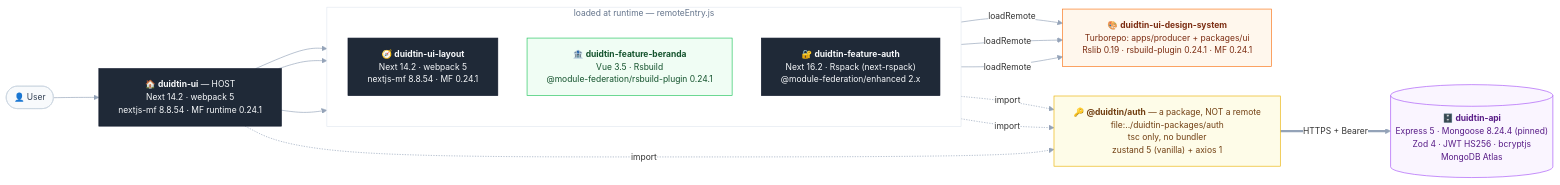
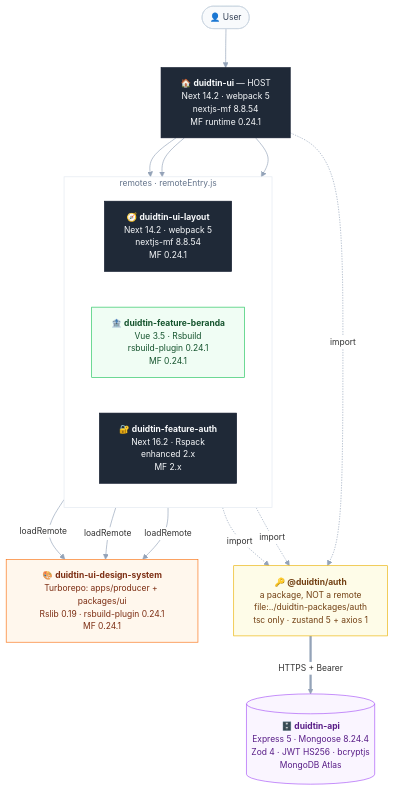
Before and after one commit to AnggaWikaNugraha/super-apps-microfrontend-duidtin: the diagram in README.md, drawn with Mermaid. The commit also changed 1 other file, not shown here.

````diff
--- a/README.md
+++ b/README.md
@@ -281,40 +281,40 @@
 ```mermaid
-%%{init: {'theme':'base','themeVariables':{'fontSize':'13px','lineColor':'#94a3b8','edgeLabelBackground':'#ffffff'},'flowchart':{'wrappingWidth':330,'nodeSpacing':45,'rankSpacing':70,'curve':'basis'}}}%%
-flowchart LR
+%%{init: {'theme':'base','themeVariables':{'fontSize':'13px','lineColor':'#94a3b8','edgeLabelBackground':'#ffffff'},'flowchart':{'wrappingWidth':235,'nodeSpacing':55,'rankSpacing':60,'curve':'basis'}}}%%
+flowchart TD
   U(["👤 User"]) --> H
 
-  H["🏠 <b>duidtin-ui</b> — HOST<br/>Next 14.2 · webpack 5<br/>nextjs-mf 8.8.54 · MF runtime 0.24.1"]
+  H["🏠 <b>duidtin-ui</b> — HOST<br/>Next 14.2 · webpack 5<br/>nextjs-mf 8.8.54<br/>MF runtime 0.24.1"]
 
-  subgraph RUNTIME ["loaded at runtime — remoteEntry.js"]
-    direction TB
-    L["🧭 <b>duidtin-ui-layout</b><br/>Next 14.2 · webpack 5<br/>nextjs-mf 8.8.54 · MF 0.24.1"]
-    B["🏦 <b>duidtin-feature-beranda</b><br/>Vue 3.5 · Rsbuild<br/>@module-federation/rsbuild-plugin 0.24.1"]
-    A["🔐 <b>duidtin-feature-auth</b><br/>Next 16.2 · Rspack (next-rspack)<br/>@module-federation/enhanced 2.x"]
+  subgraph RUNTIME ["remotes · remoteEntry.js"]
+    direction LR
+    L["🧭 <b>duidtin-ui-layout</b><br/>Next 14.2 · webpack 5<br/>nextjs-mf 8.8.54<br/>MF 0.24.1"]
+    B["🏦 <b>duidtin-feature-beranda</b><br/>Vue 3.5 · Rsbuild<br/>rsbuild-plugin 0.24.1<br/>MF 0.24.1"]
+    A["🔐 <b>duidtin-feature-auth</b><br/>Next 16.2 · Rspack<br/>enhanced 2.x<br/>MF 2.x"]
   end
 
   H --> L
   H --> B
   H --> A
 
-  L & B & A -- "loadRemote" --> DS["🎨 <b>duidtin-ui-design-system</b><br/>Turborepo: apps/producer + packages/ui<br/>Rslib 0.19 · rsbuild-plugin 0.24.1 · MF 0.24.1"]
+  L & B & A -- "loadRemote" --> DS["🎨 <b>duidtin-ui-design-system</b><br/>Turborepo: apps/producer + packages/ui<br/>Rslib 0.19 · rsbuild-plugin 0.24.1<br/>MF 0.24.1"]
 
-  H & B & A -. "import" .-> P["🔑 <b>@duidtin/auth</b> — a package, NOT a remote<br/>file:../duidtin-packages/auth<br/>tsc only, no bundler<br/>zustand 5 (vanilla) + axios 1"]
+  H & B & A -. "import" .-> P["🔑 <b>@duidtin/auth</b><br/>a package, NOT a remote<br/>file:../duidtin-packages/auth<br/>tsc only · zustand 5 + axios 1"]
 
-  P == "HTTPS + Bearer" ==> API[("🗄️ <b>duidtin-api</b><br/>Express 5 · Mongoose 8.24.4 (pinned)<br/>Zod 4 · JWT HS256 · bcryptjs<br/>MongoDB Atlas")]
+  P == "HTTPS + Bearer" ==> API[("🗄️ <b>duidtin-api</b><br/>Express 5 · Mongoose 8.24.4<br/>Zod 4 · JWT HS256 · bcryptjs<br/>MongoDB Atlas")]
 
   classDef user fill:#f8fafc,stroke:#cbd5e1,color:#334155
   classDef next fill:#1f2937,stroke:#0f172a,color:#f8fafc
   classDef rs fill:#fff7ed,stroke:#f97316,color:#7c2d12
   classDef vue fill:#f0fdf4,stroke:#22c55e,color:#14532d
   classDef pkg fill:#fefce8,stroke:#eab308,color:#713f12
   classDef backend fill:#faf5ff,stroke:#a855f7,color:#581c87
 
   class U user
   class H,L,A next
   class DS rs
   class B vue
   class P pkg
   class API backend
 
   style RUNTIME fill:#ffffff,stroke:#e2e8f0,color:#64748b
 ```
````
